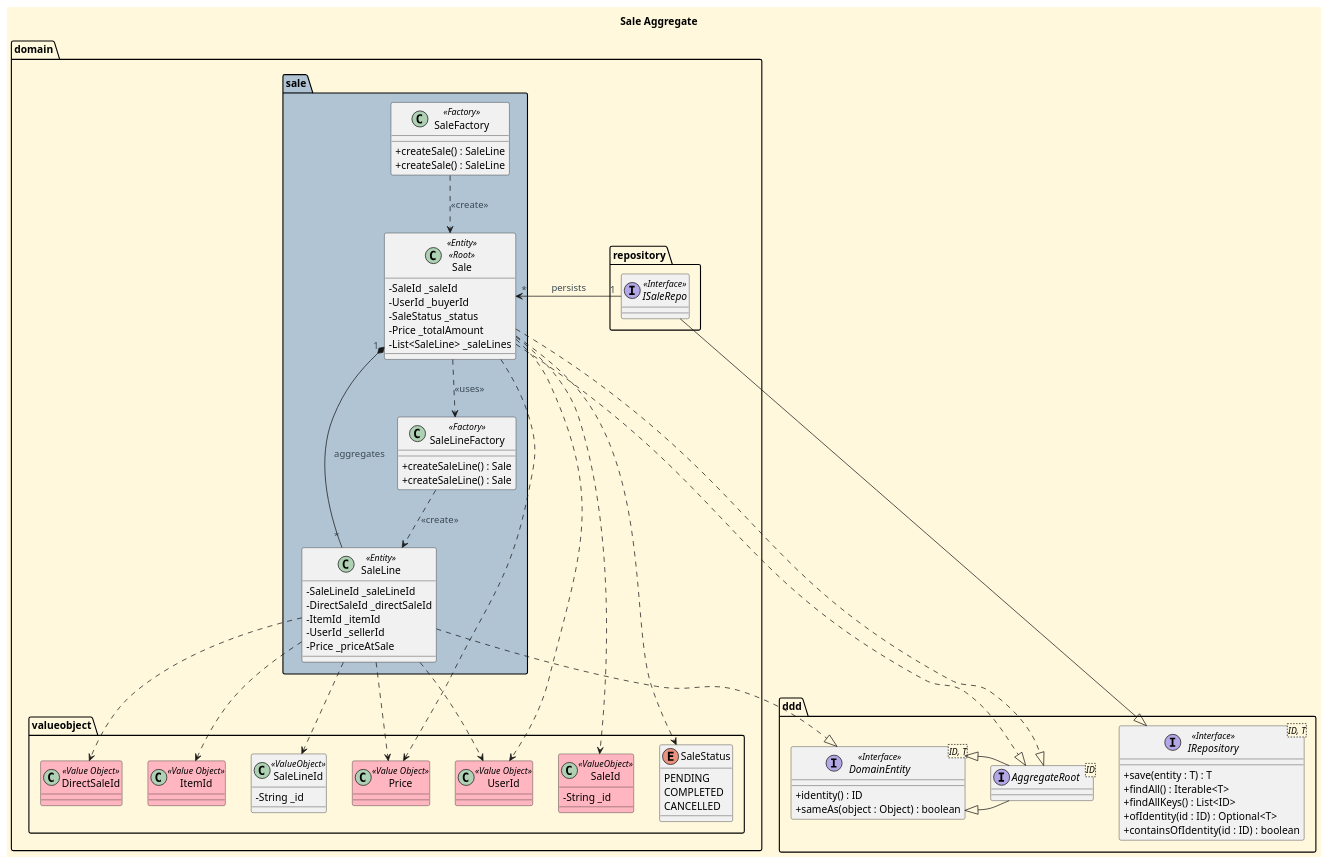
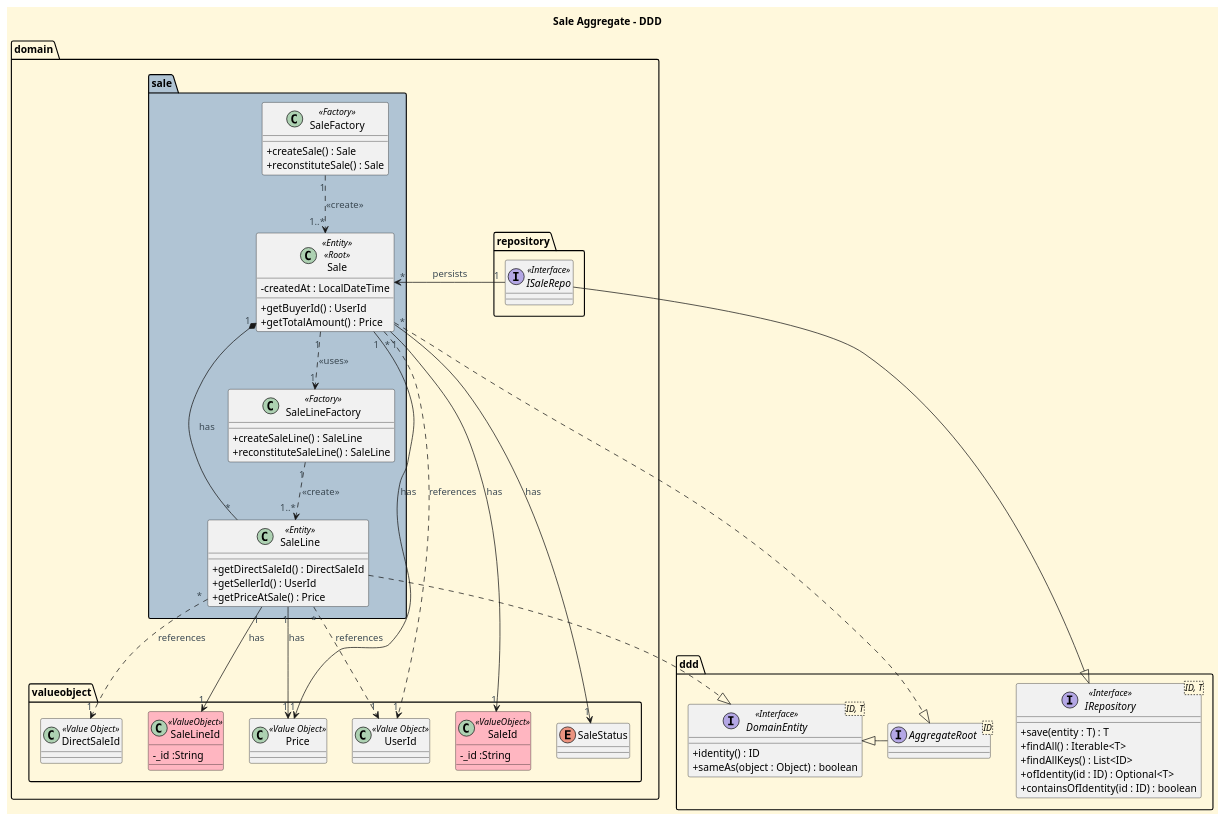
The diagram in docs/aggregates-diagrams/Sale_Aggregate.puml (CarolinaLeite-collab/JavaMarketplacePlatform), drawn with PlantUML before and after one commit.

Commit message:
docs: Update Sale aggregate diagram #1063

```diff
--- a/docs/aggregates-diagrams/Sale_Aggregate.puml
+++ b/docs/aggregates-diagrams/Sale_Aggregate.puml
@@ -1,116 +1,106 @@
 @startuml
 
-title Sale Aggregate
+title Sale Aggregate - DDD
 
 skinparam monochrome false
 skinparam shadowing false
 skinparam defaultFontName Futura
 skinparam objectFontSize 20
 skinparam backgroundColor CornSilk
 skinparam objectBackgroundColor WhiteSmoke
 skinparam noteBackgroundColor #FFFFE0
 skinparam ArrowFontColor #3B4953
 skinparam ActivationBackgroundColor black
 skinparam classAttributeIconSize 0
 
 top to bottom direction
 
 Package "domain" {
 
     Package "sale" <<Folder>> #b0c4d4 {
         class Sale <<Entity>> <<Root>> {
-            -SaleId _saleId
-            -UserId _buyerId
-            -SaleStatus _status
-            -Price _totalAmount
-            -List<SaleLine> _saleLines
+            - createdAt : LocalDateTime
+            + getBuyerId() : UserId
+            + getTotalAmount() : Price
         }
 
         class SaleLine <<Entity>> {
-             -SaleLineId _saleLineId
-             -DirectSaleId _directSaleId
-             -ItemId _itemId
-             -UserId _sellerId
-             -Price _priceAtSale
+            + getDirectSaleId() : DirectSaleId
+            + getSellerId() : UserId
+            + getPriceAtSale() : Price
                 }
 
         class SaleFactory <<Factory>> {
-            +createSale() : SaleLine
-            +createSale() : SaleLine
+            +createSale() : Sale
+            +reconstituteSale() : Sale
         }
         class SaleLineFactory <<Factory>> {
-            +createSaleLine() : Sale
-            +createSaleLine() : Sale
+            +createSaleLine() : SaleLine
+            +reconstituteSaleLine() : SaleLine
         }
     }
 
     Package "valueobject" <<Folder>> {
         class SaleId <<ValueObject>> #LightPink {
-            -String _id
+                -_id :String
                     }
-        class SaleLineId <<ValueObject>>{
-                    -String _id
+
+        class SaleLineId <<ValueObject>> #LightPink{
+        -_id :String
                     }
 
         enum SaleStatus {
-            PENDING
-            COMPLETED
-            CANCELLED
         }
 
-                class UserId <<Value Object>> #LightPink
-                class DirectSaleId <<Value Object>> #LightPink
-                class ItemId <<Value Object>> #LightPink
-                class Price <<Value Object>> #LightPink
+                class UserId <<Value Object>>
+                class DirectSaleId <<Value Object>>
+                class Price <<Value Object>>
     }
 
     Package "repository" <<Folder>> {
         interface ISaleRepo <<Interface>> {
         }
     }
 }
 
 Package "ddd" {
     interface IRepository<ID, T> <<Interface>> {
         +save(entity : T) : T
         +findAll() : Iterable<T>
         +findAllKeys() : List<ID>
         +ofIdentity(id : ID) : Optional<T>
         +containsOfIdentity(id : ID) : boolean
     }
     interface AggregateRoot<ID> {}
     interface DomainEntity<ID, T> <<Interface>> {
         +identity() : ID
         +sameAs(object : Object) : boolean
     }
 }
 
 
-
 Sale "*" <- "1" ISaleRepo : persists
 
 ISaleRepo --|> IRepository
-SaleFactory ..> Sale : <<create>>
-SaleLineFactory ..> SaleLine : <<create>>
-Sale "1" *-- "*" SaleLine: aggregates
+SaleFactory "1" ..> "1..*" Sale : <<create>>
+SaleLineFactory "1" ..> "1..*" SaleLine : <<create>>
+Sale "1" *-- "*" SaleLine: has
 
-Sale ..> SaleId
-Sale ..> UserId
-Sale ..> Price
-Sale ..> SaleStatus
+Sale "1" -> "1" SaleId : has
+Sale "*"..> "1" UserId : references
+Sale "1" -> "1" Price : has
+SaleLine "1" -> "1" Price : has
 
-SaleLine ..> SaleLineId
-SaleLine ..> DirectSaleId
-SaleLine ..> ItemId
-SaleLine ..> UserId
-SaleLine ..> Price
+Sale "*" -> "1" SaleStatus : has
 
-Sale ..> SaleLineFactory : <<uses>>
+SaleLine "*"..> "1" DirectSaleId : references
+SaleLine "*"..> "1" UserId : references
+SaleLine "1" -> "1" SaleLineId : has
+
+Sale "1" ..> "1" SaleLineFactory : <<uses>>
+
 Sale ..|> AggregateRoot
 SaleLine ..|> DomainEntity
-AggregateRoot --|> DomainEntity
-
 AggregateRoot -|> DomainEntity
-Sale .|> AggregateRoot
 
 @enduml
```
